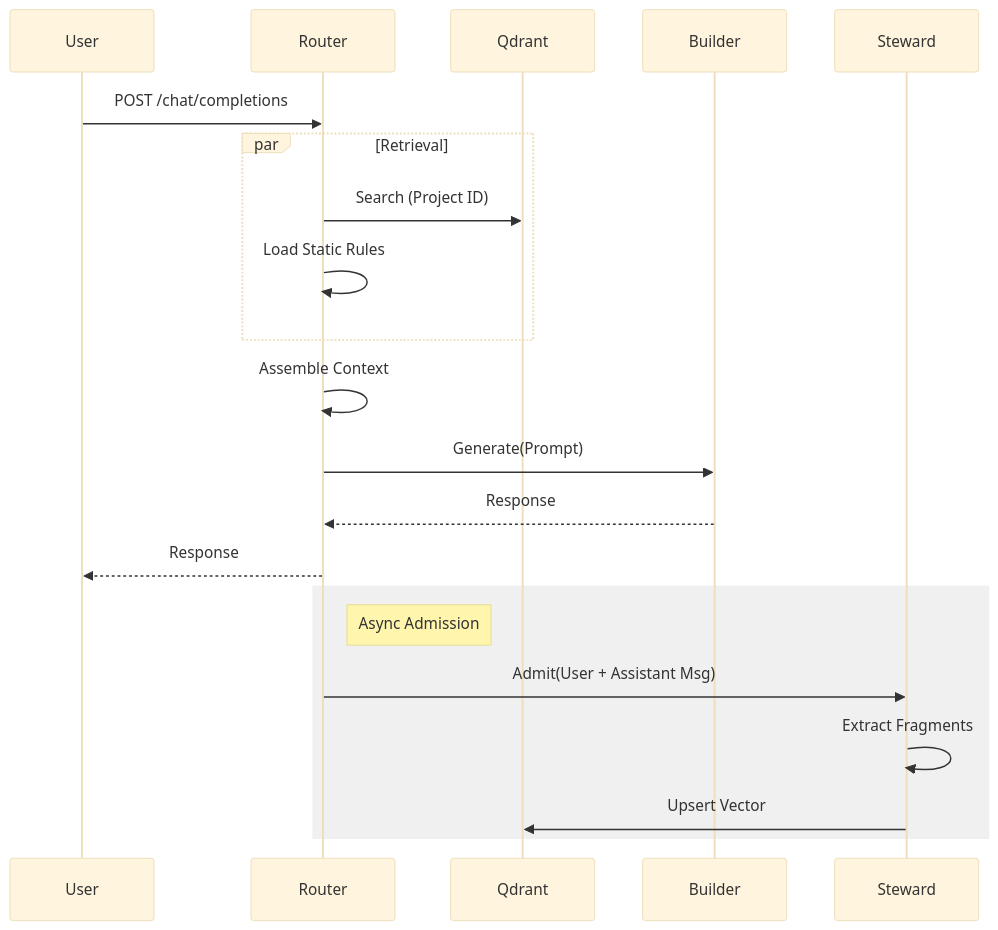
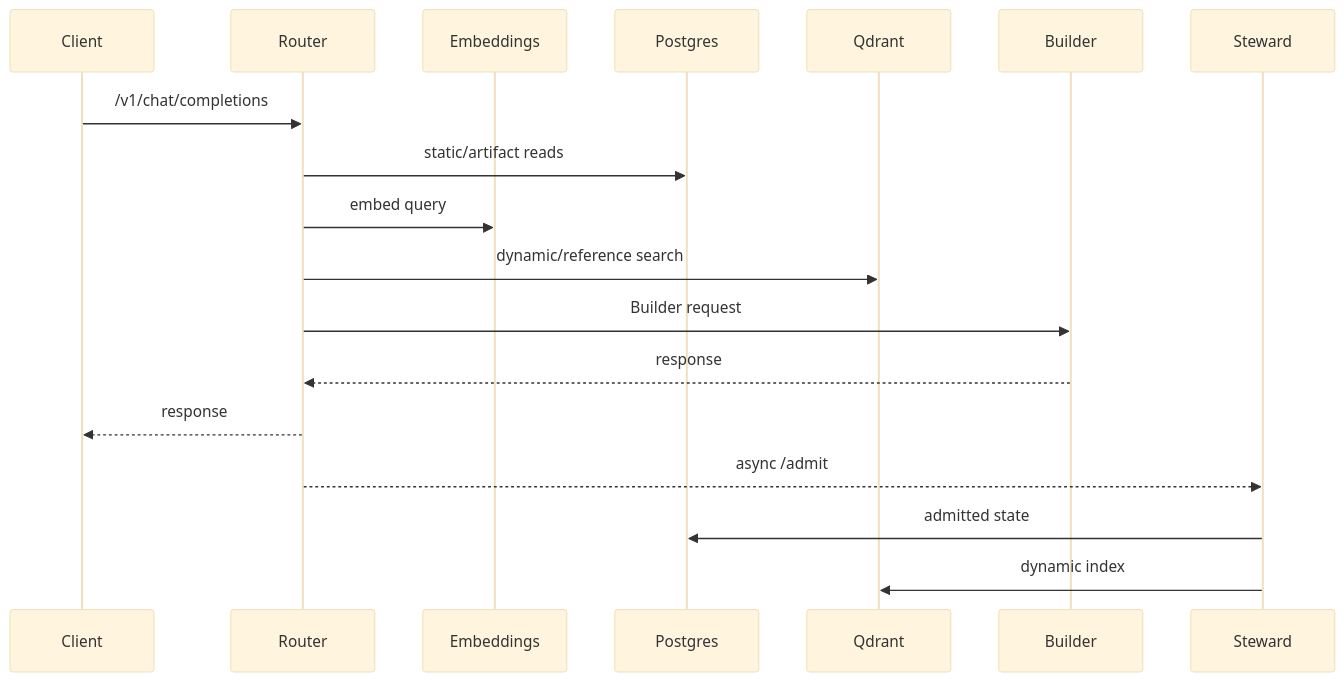
Before and after one commit to homel-dev/memory-steward: the diagram in docs/09_runtime_contract.md, drawn with Mermaid (base theme). The commit also changed other lines of this file and 46 other files, not shown here.

````diff
--- a/docs/09_runtime_contract.md
+++ b/docs/09_runtime_contract.md
@@ -87,25 +94,21 @@
-```mermaid
+~~~mermaid
 sequenceDiagram
-    participant U as User
+    participant C as Client
     participant R as Router
+    participant E as Embeddings
+    participant P as Postgres
     participant Q as Qdrant
     participant B as Builder
     participant S as Steward
 
-    U->>R: POST /chat/completions
-    par Retrieval
-        R->>Q: Search (Project ID)
-        R->>R: Load Static Rules
-    end
-    R->>R: Assemble Context
-    R->>B: Generate(Prompt)
-    B-->>R: Response
-    R-->>U: Response
-
-    rect rgb(240, 240, 240)
-        Note right of R: Async Admission
-        R->>S: Admit(User + Assistant Msg)
-        S->>S: Extract Fragments
-        S->>Q: Upsert Vector
-    end
-```
+    C->>R: /v1/chat/completions
+    R->>P: static/artifact reads
+    R->>E: embed query
+    R->>Q: dynamic/reference search
+    R->>B: Builder request
+    B-->>R: response
+    R-->>C: response
+    R-->>S: async /admit
+    S->>P: admitted state
+    S->>Q: dynamic index
+~~~
````
